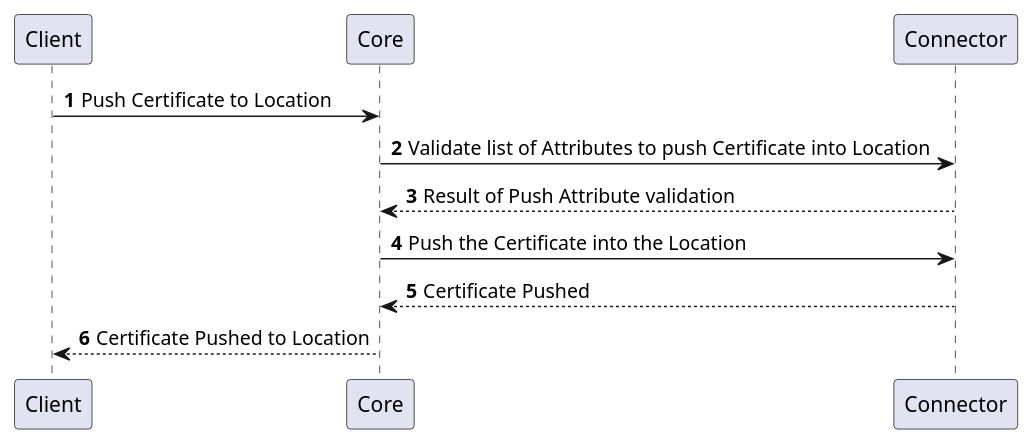
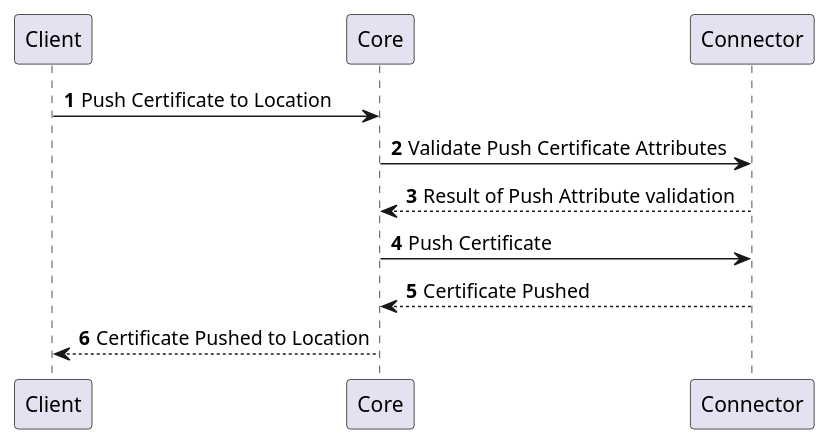
Before and after one commit to CZERTAINLY/CZERTAINLY-Documentation: diagram 12 of 13 in docs/12-connectors/05-description/32-entity-provider.md, drawn with PlantUML. The commit also changed other lines of this file, not shown here.

````diff
--- a/docs/12-connectors/05-description/32-entity-provider.md
+++ b/docs/12-connectors/05-description/32-entity-provider.md
@@ -224,12 +224,12 @@
 ```plantuml
     @startuml
     autonumber
     skinparam topurl https://docs.czertainly.com/api/
         Client -> Core [[core-location/#tag/Location-Management-API/operation/pushCertificate]]: Push Certificate to Location
-        Core -> Connector [[connector-entity-provider/#tag/Location-Operations-API/operation/validatePushCertificateAttributes]]: Validate list of Attributes to push Certificate into Location
+        Core -> Connector [[connector-entity-provider/#tag/Location-Operations-API/operation/validatePushCertificateAttributes]]: Validate Push Certificate Attributes
         Connector --> Core: Result of Push Attribute validation
-        Core -> Connector [[connector-entity-provider/#tag/Location-Operations-API/operation/pushCertificateToLocation]]: Push the Certificate into the Location
+        Core -> Connector [[connector-entity-provider/#tag/Location-Operations-API/operation/pushCertificateToLocation]]: Push Certificate
         Connector --> Core: Certificate Pushed
         Core --> Client: Certificate Pushed to Location
     @enduml
 ```
````
